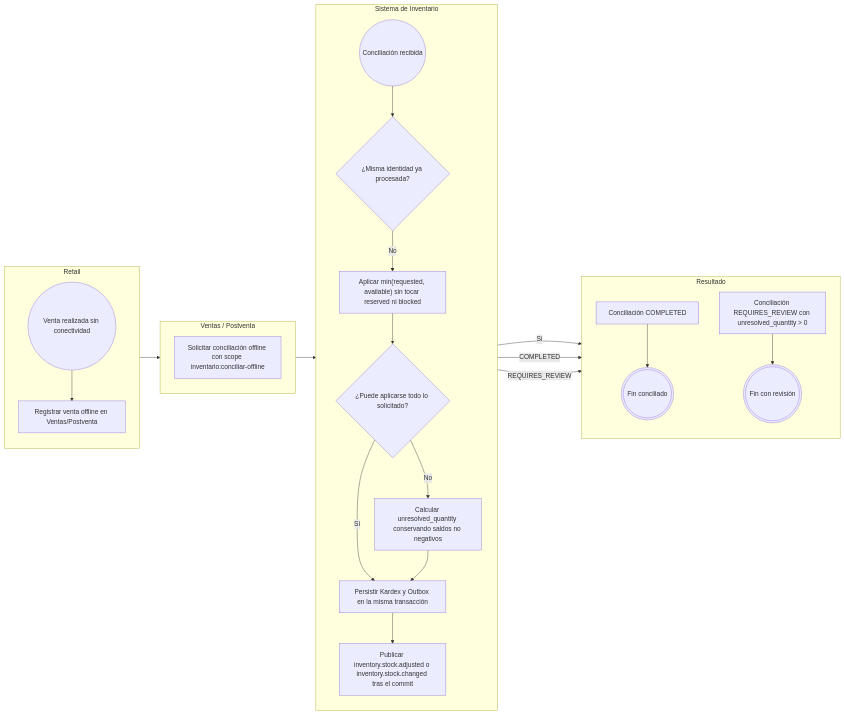
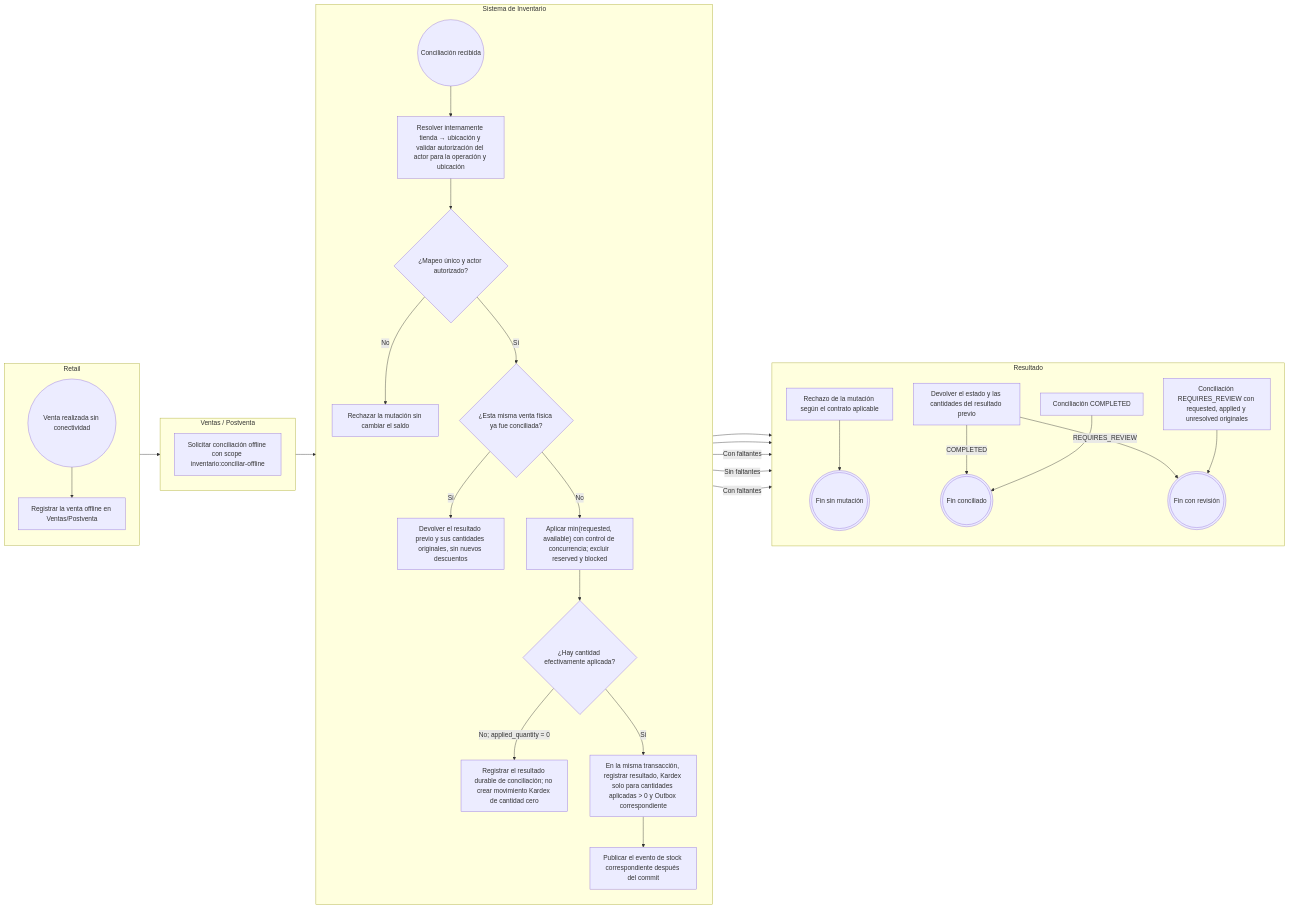
Before and after one commit to Taller-SW-Web/G6-Productos-Ofertas-docs: the eighth of 13 diagrams in requisitos/flujos/FLOW-015-control-stock-disponibilidad.md, drawn with Mermaid. The commit also changed other lines of this file and 2 other files, not shown here.

Commit message:
docs(inventory): propagar DEC-F-013 a 015 en requisitos y flujo

````diff
--- a/requisitos/flujos/FLOW-015-control-stock-disponibilidad.md
+++ b/requisitos/flujos/FLOW-015-control-stock-disponibilidad.md
@@ -420,48 +420,63 @@
 ```mermaid
 flowchart LR
     subgraph RET["Retail"]
         direction TB
         INICIO((Venta realizada sin conectividad))
-        A1["Registrar venta offline en Ventas/Postventa"]
+        A1["Registrar la venta offline en Ventas/Postventa"]
     end
 
     subgraph VENT["Ventas / Postventa"]
         direction TB
         A2["Solicitar conciliación offline con scope inventario:conciliar-offline"]
     end
 
     subgraph INV["Sistema de Inventario"]
         direction TB
         E1(("Conciliación recibida"))
-        D1{"¿Misma identidad ya procesada?"}
-        A3["Aplicar min(requested, available) sin tocar reserved ni blocked"]
-        D2{"¿Puede aplicarse todo lo solicitado?"}
-        A4["Calcular unresolved_quantity conservando saldos no negativos"]
-        A5["Persistir Kardex y Outbox en la misma transacción"]
-        A6["Publicar inventory.stock.adjusted o inventory.stock.changed tras el commit"]
+        A4["Resolver internamente tienda → ubicación y validar autorización del actor para la operación y ubicación"]
+        D2{"¿Mapeo único y actor autorizado?"}
+        D1{"¿Esta misma venta física ya fue conciliada?"}
+        A3["Devolver el resultado previo y sus cantidades originales, sin nuevos descuentos"]
+        A5["Rechazar la mutación sin cambiar el saldo"]
+        A6["Aplicar min(requested, available) con control de concurrencia; excluir reserved y blocked"]
+        D3{"¿Hay cantidad efectivamente aplicada?"}
+        A7["Registrar el resultado durable de conciliación; no crear movimiento Kardex de cantidad cero"]
+        A8["En la misma transacción, registrar resultado, Kardex solo para cantidades aplicadas > 0 y Outbox correspondiente"]
+        A9["Publicar el evento de stock correspondiente después del commit"]
     end
 
     subgraph RES["Resultado"]
         direction TB
-        B1["Conciliación COMPLETED"]
-        B2["Conciliación REQUIRES_REVIEW con unresolved_quantity > 0"]
+        B1["Devolver el estado y las cantidades del resultado previo"]
+        B2["Conciliación COMPLETED"]
+        B3["Conciliación REQUIRES_REVIEW con requested, applied y unresolved originales"]
+        B4["Rechazo de la mutación según el contrato aplicable"]
         FIN_OK(((Fin conciliado)))
         FIN_REV(((Fin con revisión)))
+        FIN_REJ(((Fin sin mutación)))
     end
 
     INICIO --> A1
     A1 --> A2
     A2 --> E1
-    E1 --> D1
-    D1 -->|"Sí"| B1
-    D1 -->|"No"| A3
-    A3 --> D2
-    D2 -->|"Sí"| A5
-    D2 -->|"No"| A4
-    A4 --> A5
-    A5 --> A6
-    A6 -->|"COMPLETED"| B1
-    A6 -->|"REQUIRES_REVIEW"| B2
-    B1 --> FIN_OK
-    B2 --> FIN_REV
+    E1 --> A4
+    A4 --> D2
+    D2 -->|"No"| A5
+    A5 --> B4
+    B4 --> FIN_REJ
+    D2 -->|"Sí"| D1
+    D1 -->|"Sí"| A3
+    A3 --> B1
+    B1 -->|"COMPLETED"| FIN_OK
+    B1 -->|"REQUIRES_REVIEW"| FIN_REV
+    D1 -->|"No"| A6
+    A6 --> D3
+    D3 -->|"No; applied_quantity = 0"| A7
+    D3 -->|"Sí"| A8
+    A8 --> A9
+    A7 -->|"Con faltantes"| B3
+    A9 -->|"Sin faltantes"| B2
+    A9 -->|"Con faltantes"| B3
+    B2 --> FIN_OK
+    B3 --> FIN_REV
 ```
````
